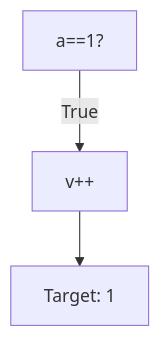
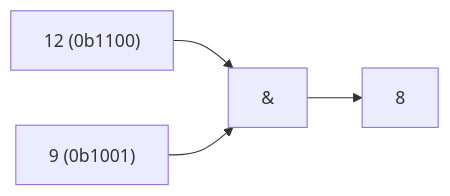
Before and after one commit to amnahwaida/OSNK_INF_PREP: diagram 15 of 25 in part-c-pemahaman-cpp/06-bitwise/latihan/set-03.md, drawn with Mermaid. The commit also changed other lines of this file and 71 other files, not shown here.

````diff
--- a/part-c-pemahaman-cpp/06-bitwise/latihan/set-03.md
+++ b/part-c-pemahaman-cpp/06-bitwise/latihan/set-03.md
@@ -389,5 +392,6 @@
 ```mermaid
-graph TD
-A["a==1?"] -- "True" --> B["v++"]
-B --> C["Target: 1"]
+graph LR
+A["12 (0b1100)"] --> C["&"]
+B["9 (0b1001)"] --> C
+C --> D["8"]
 ```
````
